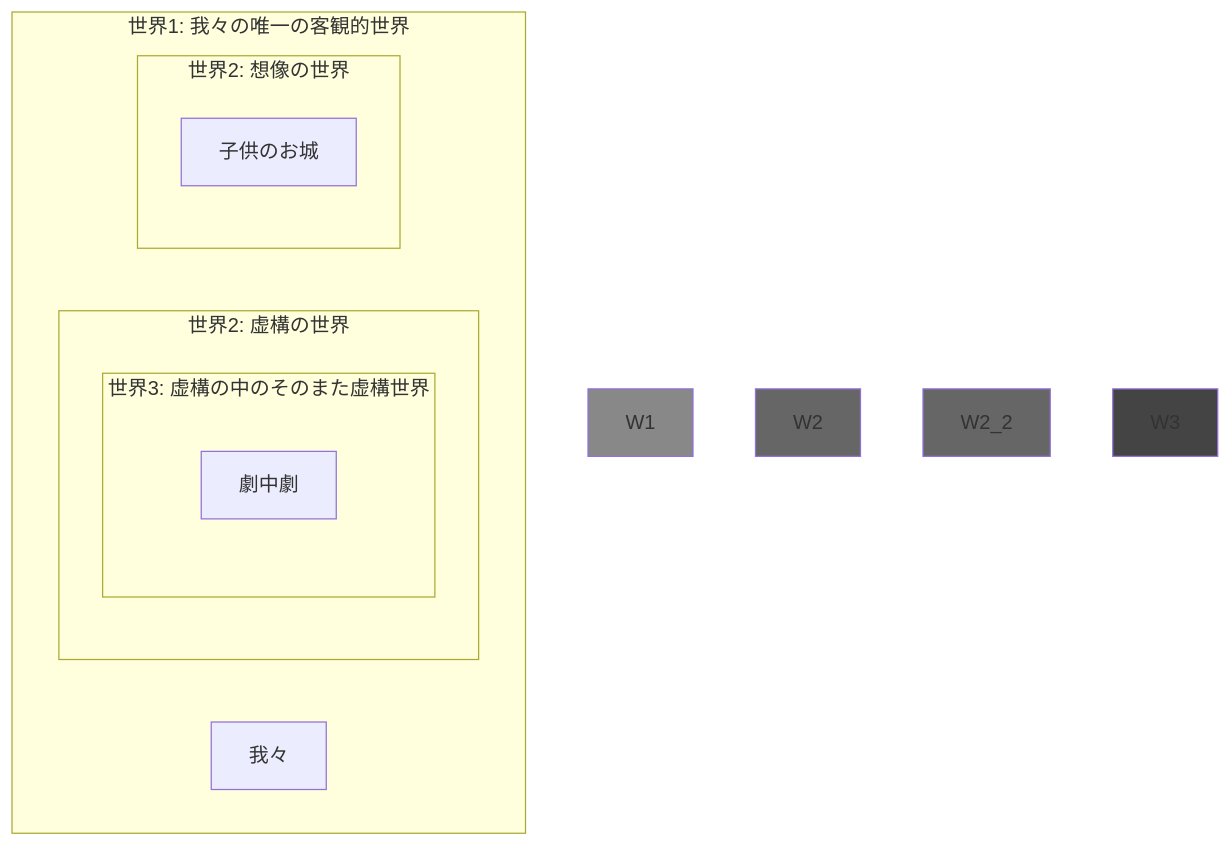
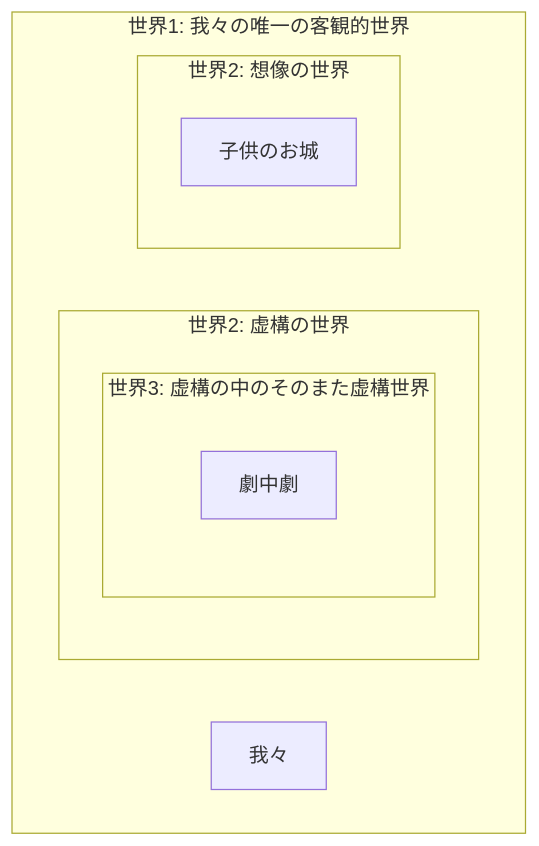
The diagram in slides.md (kyonenya/slidev-playground), drawn with Mermaid before and after one commit. The commit also changed other lines of this file and 21 other files, not shown here.

````diff
--- a/slides.md
+++ b/slides.md
@@ -134,19 +137,14 @@
 ```mermaid
 graph TD
   subgraph 世界1: 我々の唯一の客観的世界
     subgraph 世界2: 虚構の世界
       subgraph 世界3: 虚構の中のそのまた虚構世界
         C[劇中劇]
       end
     end
     subgraph 世界2: 想像の世界
         B[子供のお城]
     end
     A[我々]
   end
-
-style W1 fill: #888
-style W2 fill: #666
-style W2_2 fill: #666
-style W3 fill: #444
 ```
````
